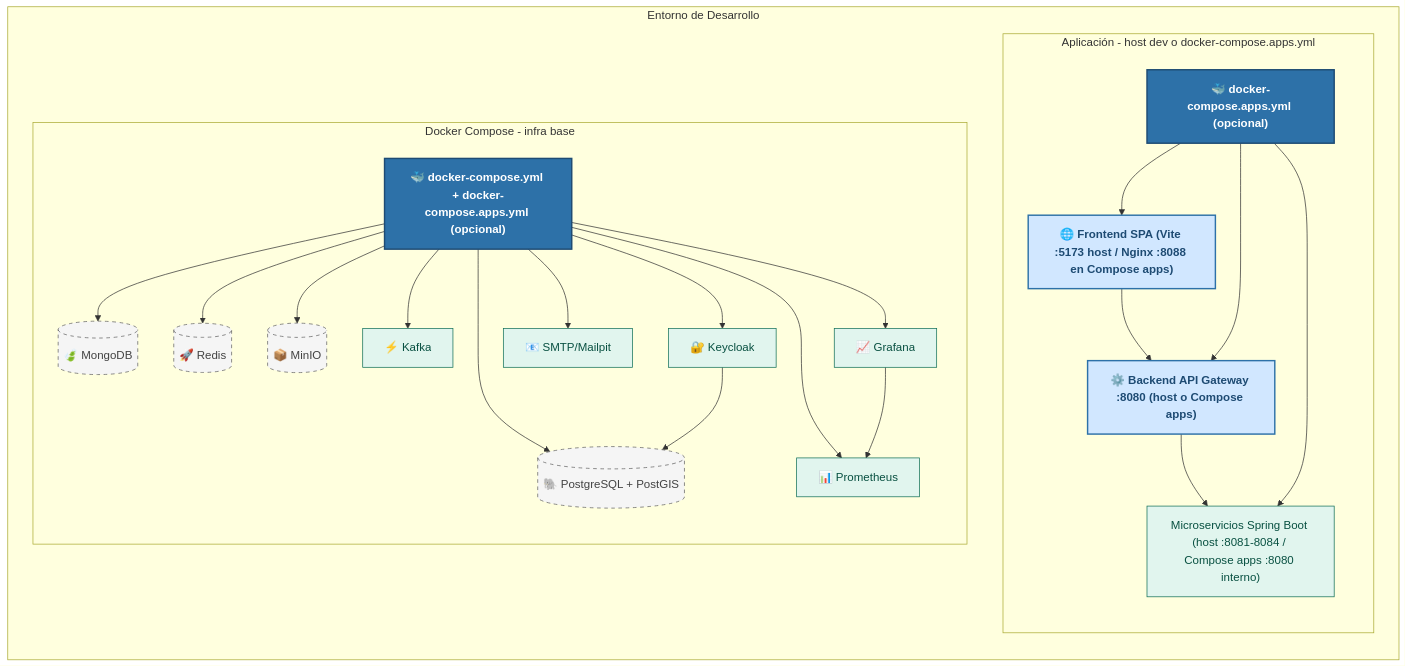
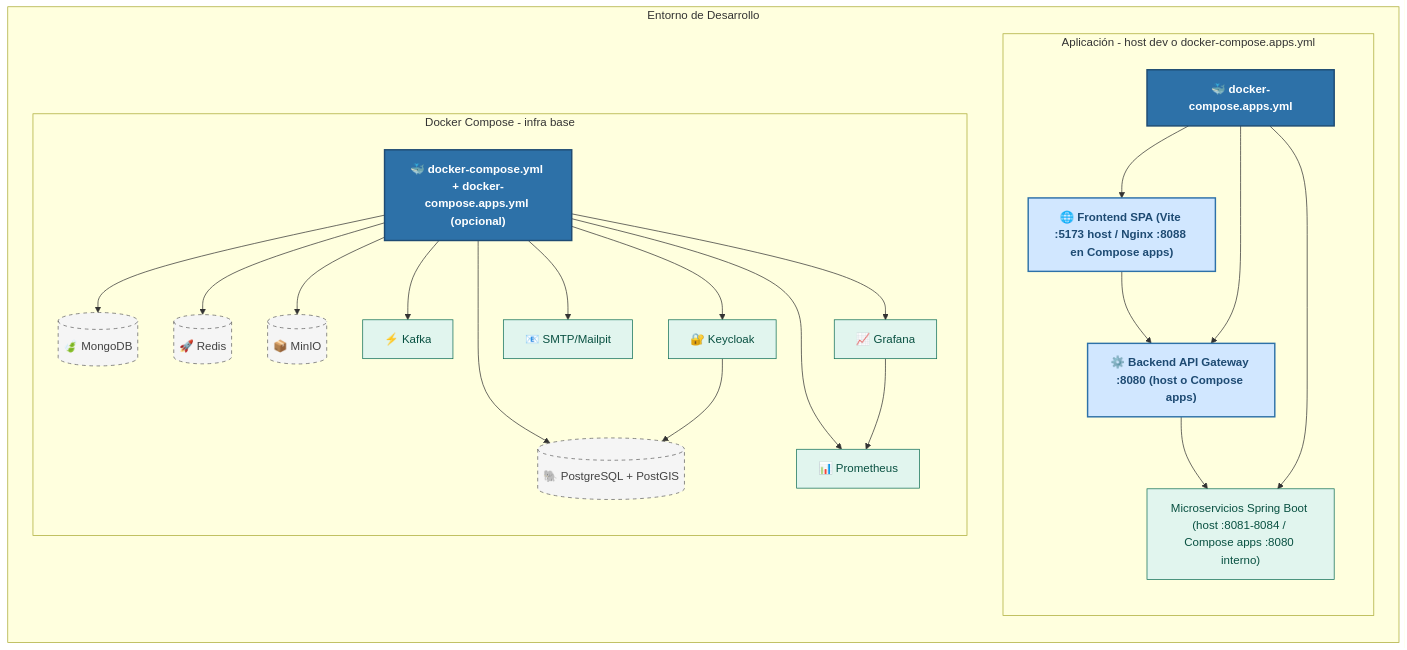
One commit to ldefrutos1/AI4Devs-finalproject changed diagram 13 of 19 in readme.md. Above: the diagram before and after it, drawn with Mermaid. The commit also changed 5 other files, not shown here.

````diff
--- a/readme.md
+++ b/readme.md
@@ -956,54 +956,54 @@
 ```mermaid
 flowchart TB
     %% --- Estilos (Consistentes con toda la documentación) ---
     classDef orch fill:#2D71A8,stroke:#1E4B73,stroke-width:2px,color:#FFFFFF,font-weight:bold;
     classDef web fill:#D1E7FF,stroke:#2D71A8,stroke-width:2px,color:#1E4B73,font-weight:bold;
     classDef service fill:#E1F5EE,stroke:#0F6E56,stroke-width:1px,color:#085041;
     classDef db fill:#F5F5F5,stroke:#616161,stroke-width:1px,color:#424242,stroke-dasharray: 5 5;
 
     subgraph dev [Entorno de Desarrollo]
         direction TB
 
         subgraph host [Aplicación - host dev o docker-compose.apps.yml]
             direction TB
-            DA["🐳 docker-compose.apps.yml (opcional)"]:::orch
+            DA["🐳 docker-compose.apps.yml"]:::orch
             SPAh["🌐 Frontend SPA (Vite :5173 host / Nginx :8088 en Compose apps)"]:::web
             GWh["⚙️ Backend API Gateway :8080 (host o Compose apps)"]:::web
             MSh["Microservicios Spring Boot (host :8081-8084 / Compose apps :8080 interno)"]:::service
             SPAh --> GWh
             GWh --> MSh
             DA --> GWh
             DA --> MSh
             DA --> SPAh
         end
 
         subgraph compose [Docker Compose - infra base]
             direction TB
             DC["🐳 docker-compose.yml + docker-compose.apps.yml (opcional)"]:::orch
 
             KCd["🔐 Keycloak"]:::service
             Kd["⚡ Kafka"]:::service
             MPd["📧 SMTP/Mailpit"]:::service
             PRd["📊 Prometheus"]:::service
             GRd["📈 Grafana"]:::service
 
             PGd[("🐘 PostgreSQL + PostGIS")]:::db
             MGd[("🍃 MongoDB")]:::db
             Rd[("🚀 Redis")]:::db
             S3d[("📦 MinIO")]:::db
         end
 
         DC --> PGd
         DC --> MGd
         DC --> Rd
         DC --> S3d
         DC --> Kd
         DC --> KCd
         DC --> MPd
         DC --> PRd
         DC --> GRd
         KCd --> PGd
         GRd --> PRd
 
     end
 ```
````
